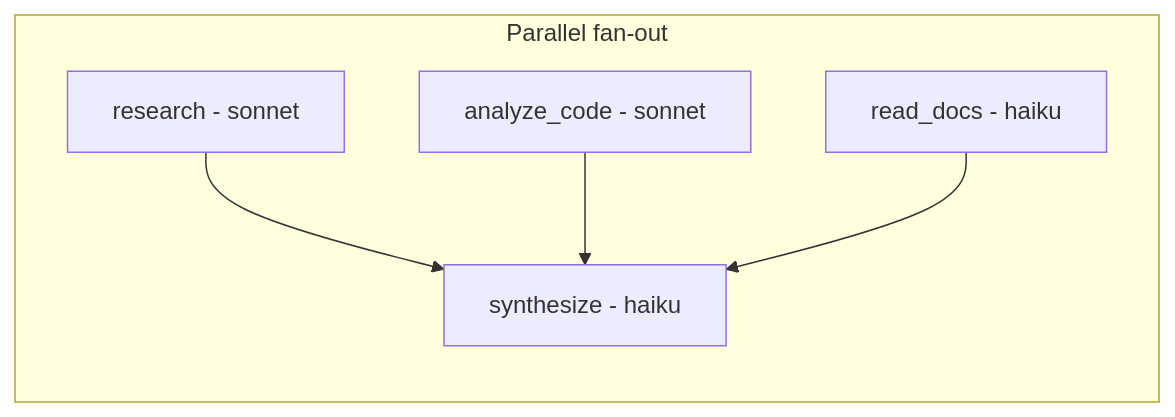
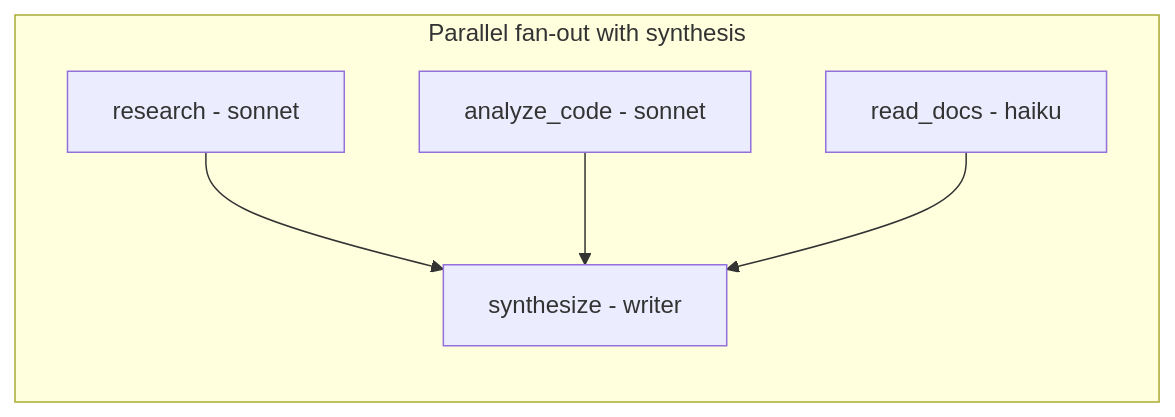
The third of 4 diagrams in docs/architecture.md (id/skitter), drawn with Mermaid before and after one commit. The commit also changed other lines of this file and 24 other files, not shown here.

Commit message:
feat: a2a architecture, predefined pipelines and agents

````diff
--- a/docs/architecture.md
+++ b/docs/architecture.md
@@ -87,8 +84,8 @@
 ```mermaid
 flowchart LR
-    subgraph Parallel fan-out
-        A[research - sonnet] --> S[synthesize - haiku]
+    subgraph Parallel fan-out with synthesis
+        A[research - sonnet] --> S[synthesize - writer]
         B[analyze_code - sonnet] --> S
         C[read_docs - haiku] --> S
     end
 ```
````
